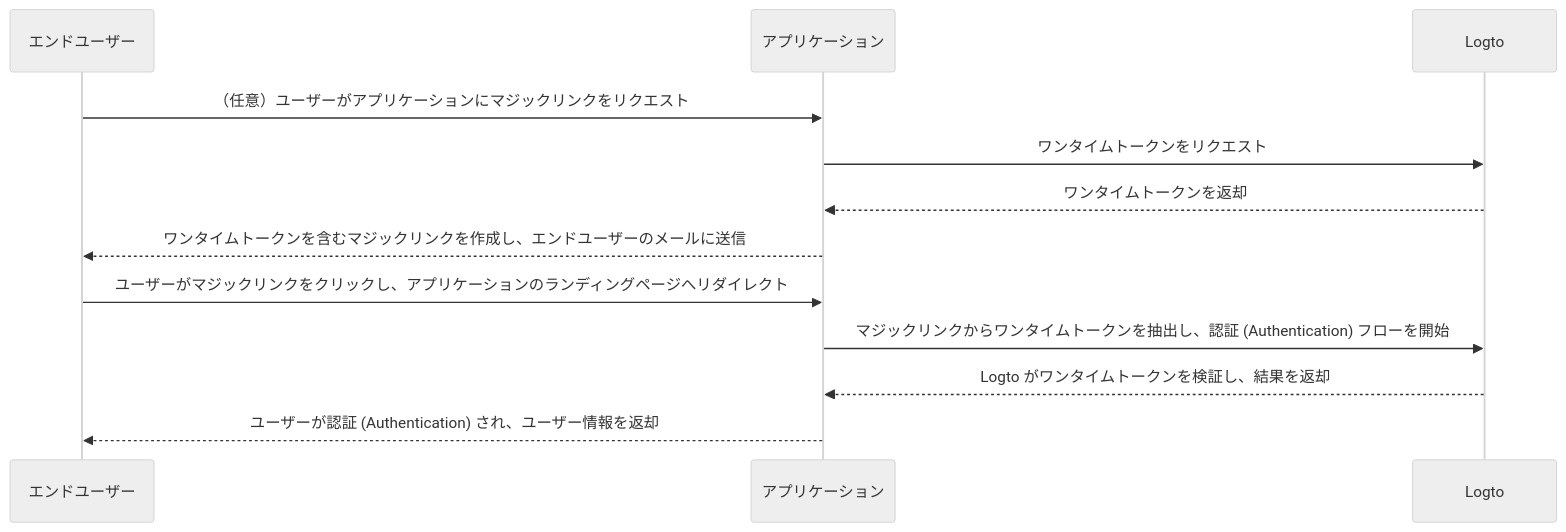
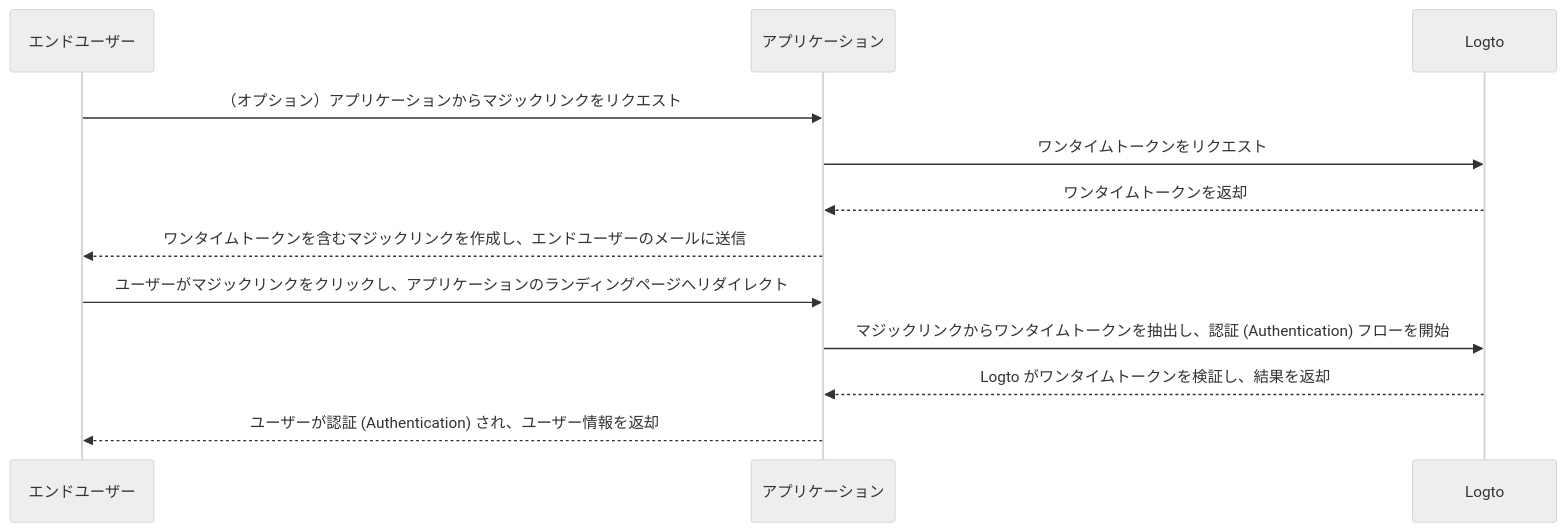
Before and after one commit to logto-io/docs: the diagram in i18n/ja/docusaurus-plugin-content-docs/current/end-user-flows/one-time-token.mdx, drawn with Mermaid (neutral theme). The commit also changed other lines of this file and 666 other files, not shown here.

````diff
--- a/i18n/ja/docusaurus-plugin-content-docs/current/end-user-flows/one-time-token.mdx
+++ b/i18n/ja/docusaurus-plugin-content-docs/current/end-user-flows/one-time-token.mdx
@@ -38,15 +38,15 @@
 ```mermaid
 sequenceDiagram
   participant U as エンドユーザー
   participant C as アプリケーション
   participant L as Logto
 
-  U ->> C: （任意）ユーザーがアプリケーションにマジックリンクをリクエスト
+  U ->> C: （オプション）アプリケーションからマジックリンクをリクエスト
   C ->> L: ワンタイムトークンをリクエスト
   L -->> C: ワンタイムトークンを返却
   C -->> U: ワンタイムトークンを含むマジックリンクを作成し、エンドユーザーのメールに送信
   U ->> C: ユーザーがマジックリンクをクリックし、アプリケーションのランディングページへリダイレクト
   C ->> L: マジックリンクからワンタイムトークンを抽出し、認証 (Authentication) フローを開始
   L -->> C: Logto がワンタイムトークンを検証し、結果を返却
   C -->> U: ユーザーが認証 (Authentication) され、ユーザー情報を返却
 ```
````
